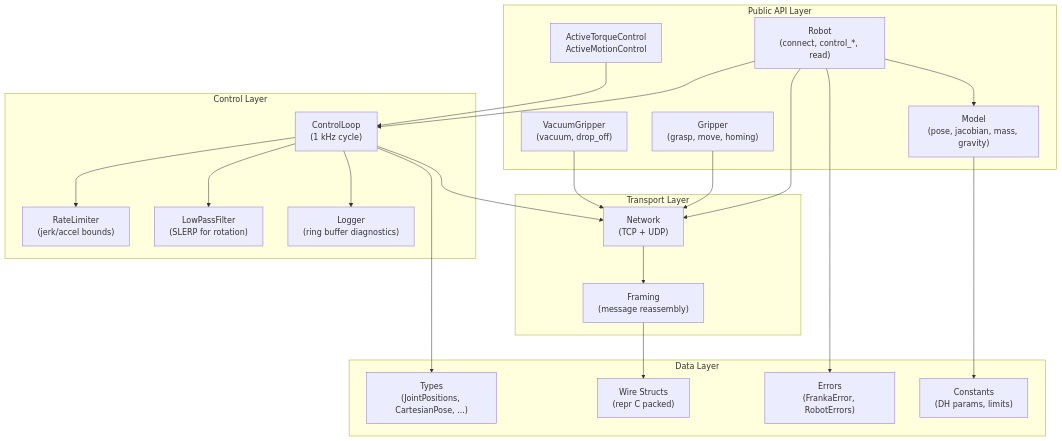
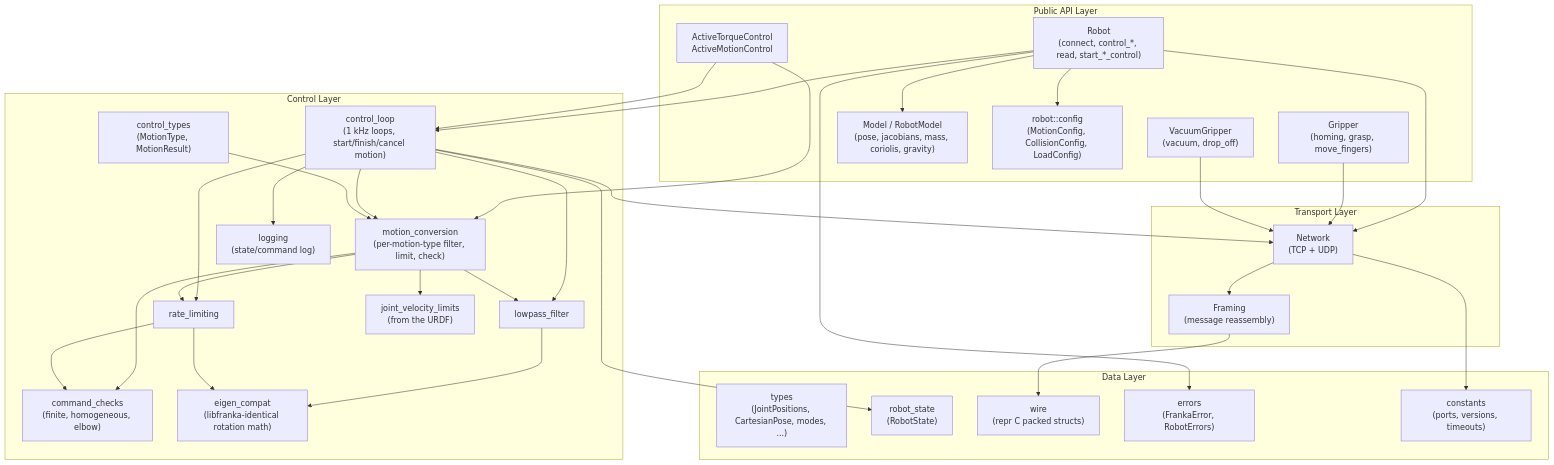
Before and after one commit to ColeTen/franka-rs: the first of 2 diagrams in docs/src/architecture.md, drawn with Mermaid. The commit also changed other lines of this file and 43 other files, not shown here.

````diff
--- a/docs/src/architecture.md
+++ b/docs/src/architecture.md
@@ -7,45 +7,63 @@
 ```mermaid
 graph TD
     subgraph "Public API Layer"
-        ROBOT["Robot<br/>(connect, control_*, read)"]
-        GRIPPER["Gripper<br/>(grasp, move, homing)"]
+        ROBOT["Robot<br/>(connect, control_*, read, start_*_control)"]
+        GRIPPER["Gripper<br/>(homing, grasp, move_fingers)"]
         VACUUM["VacuumGripper<br/>(vacuum, drop_off)"]
-        MODEL["Model<br/>(pose, jacobian, mass, gravity)"]
+        MODEL["Model / RobotModel<br/>(pose, jacobians, mass, coriolis, gravity)"]
         ACTIVE["ActiveTorqueControl<br/>ActiveMotionControl"]
+        CONFIG["robot::config<br/>(MotionConfig, CollisionConfig, LoadConfig)"]
     end
 
     subgraph "Control Layer"
-        CLOOP["ControlLoop<br/>(1 kHz cycle)"]
-        RLIMIT["RateLimiter<br/>(jerk/accel bounds)"]
-        LPFILT["LowPassFilter<br/>(SLERP for rotation)"]
-        LOG["Logger<br/>(ring buffer diagnostics)"]
+        CLOOP["control_loop<br/>(1 kHz loops, start/finish/cancel motion)"]
+        CONV["motion_conversion<br/>(per-motion-type filter, limit, check)"]
+        CTYPES["control_types<br/>(MotionType, MotionResult)"]
+        LPFILT["lowpass_filter"]
+        RLIMIT["rate_limiting"]
+        JVL["joint_velocity_limits<br/>(from the URDF)"]
+        CHECKS["command_checks<br/>(finite, homogeneous, elbow)"]
+        EIGEN["eigen_compat<br/>(libfranka-identical rotation math)"]
+        LOG["logging<br/>(state/command log)"]
     end
 
     subgraph "Transport Layer"
         NET["Network<br/>(TCP + UDP)"]
         FRAME["Framing<br/>(message reassembly)"]
     end
 
     subgraph "Data Layer"
-        TYPES["Types<br/>(JointPositions, CartesianPose, ...)"]
-        WIRE["Wire Structs<br/>(repr C packed)"]
-        ERRORS["Errors<br/>(FrankaError, RobotErrors)"]
-        CONST["Constants<br/>(DH params, limits)"]
+        TYPES["types<br/>(JointPositions, CartesianPose, modes, ...)"]
+        STATE["robot_state<br/>(RobotState)"]
+        WIRE["wire<br/>(repr C packed structs)"]
+        ERRORS["errors<br/>(FrankaError, RobotErrors)"]
+        CONST["constants<br/>(ports, versions, timeouts)"]
     end
 
     ROBOT --> CLOOP
     ROBOT --> NET
     ROBOT --> MODEL
+    ROBOT --> CONFIG
     ACTIVE --> CLOOP
+    ACTIVE --> CONV
     GRIPPER --> NET
     VACUUM --> NET
+    CLOOP --> CONV
+    CLOOP --> LPFILT
     CLOOP --> RLIMIT
-    CLOOP --> LPFILT
     CLOOP --> LOG
     CLOOP --> NET
+    CONV --> LPFILT
+    CONV --> RLIMIT
+    CONV --> CHECKS
+    CONV --> JVL
+    LPFILT --> EIGEN
+    RLIMIT --> EIGEN
+    RLIMIT --> CHECKS
     NET --> FRAME
     FRAME --> WIRE
-    CLOOP --> TYPES
-    MODEL --> CONST
+    CLOOP --> STATE
+    CTYPES --> CONV
     ROBOT --> ERRORS
+    NET --> CONST
 ```
````
